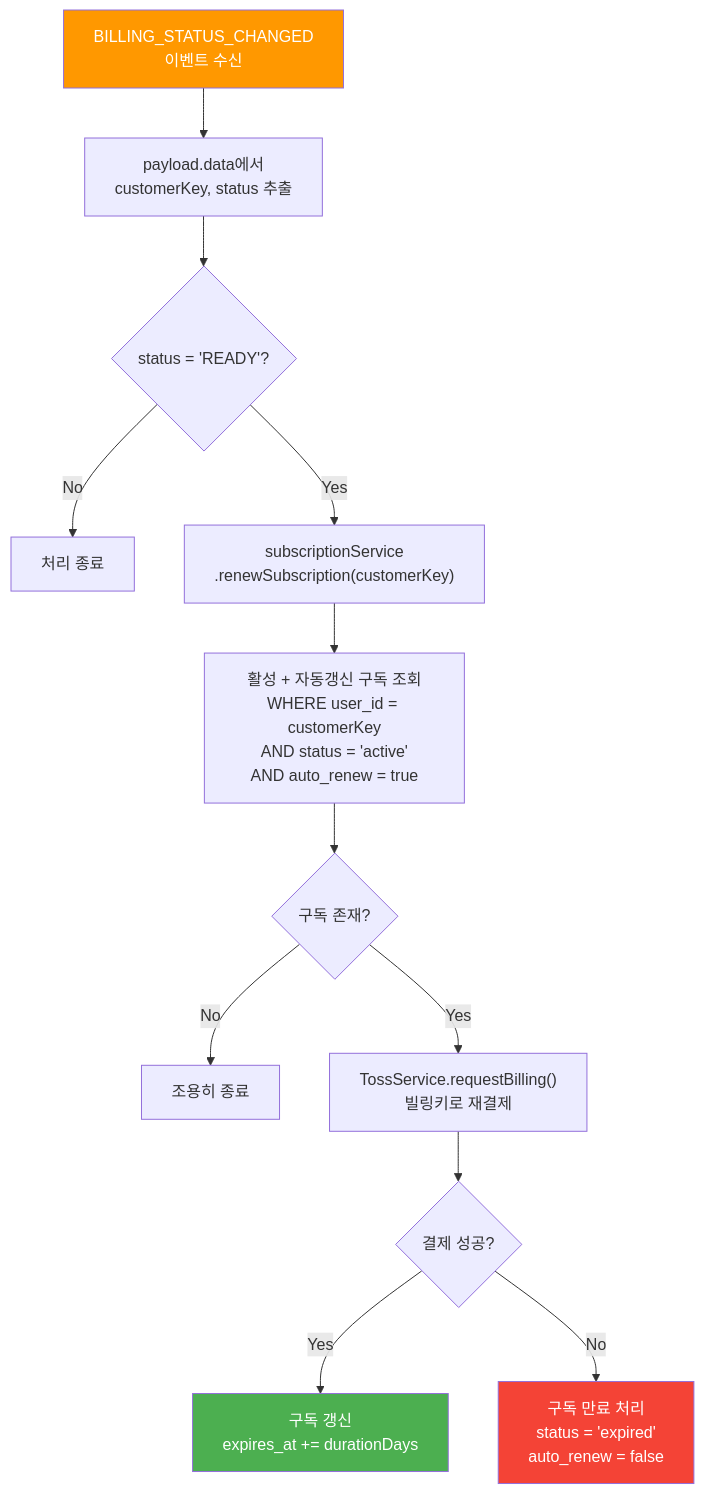
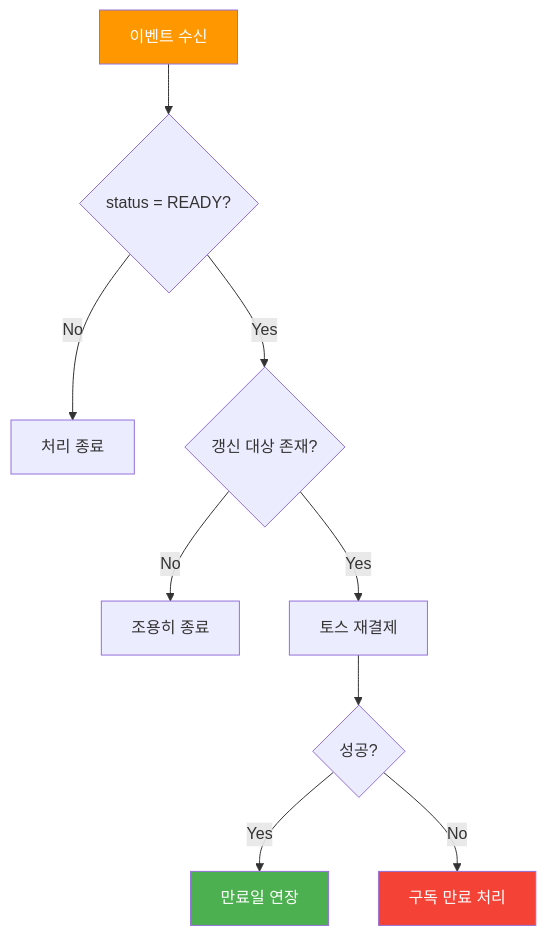
Before and after one commit to youngkim90/ddukddak-api: the third of 4 diagrams in docs/api/webhook-api.md, drawn with Mermaid. The commit also changed other lines of this file and 5 other files, not shown here.

First line of the commit message:
docs: simplify flowcharts with dual API/code flow structure

````diff
--- a/docs/api/webhook-api.md
+++ b/docs/api/webhook-api.md
@@ -106,18 +101,15 @@
 ```mermaid
 flowchart TD
-    A["BILLING_STATUS_CHANGED<br/>이벤트 수신"] --> B["payload.data에서<br/>customerKey, status 추출"]
-    B --> C{status = 'READY'?}
-    C -- No --> D[처리 종료]
-    C -- Yes --> E["subscriptionService<br/>.renewSubscription(customerKey)"]
-    E --> F["활성 + 자동갱신 구독 조회<br/>WHERE user_id = customerKey<br/>AND status = 'active'<br/>AND auto_renew = true"]
-    F --> G{구독 존재?}
-    G -- No --> H[조용히 종료]
-    G -- Yes --> I["TossService.requestBilling()<br/>빌링키로 재결제"]
-    I --> J{결제 성공?}
-    J -- Yes --> K["구독 갱신<br/>expires_at += durationDays"]
-    J -- No --> L["구독 만료 처리<br/>status = 'expired'<br/>auto_renew = false"]
+    A[이벤트 수신] --> B{status = READY?}
+    B -- No --> C[처리 종료]
+    B -- Yes --> D{갱신 대상 존재?}
+    D -- No --> E[조용히 종료]
+    D -- Yes --> F[토스 재결제]
+    F --> G{성공?}
+    G -- Yes --> H[만료일 연장]
+    G -- No --> I[구독 만료 처리]
 
     style A fill:#ff9800,color:#fff
-    style K fill:#4caf50,color:#fff
-    style L fill:#f44336,color:#fff
+    style H fill:#4caf50,color:#fff
+    style I fill:#f44336,color:#fff
 ```
````
